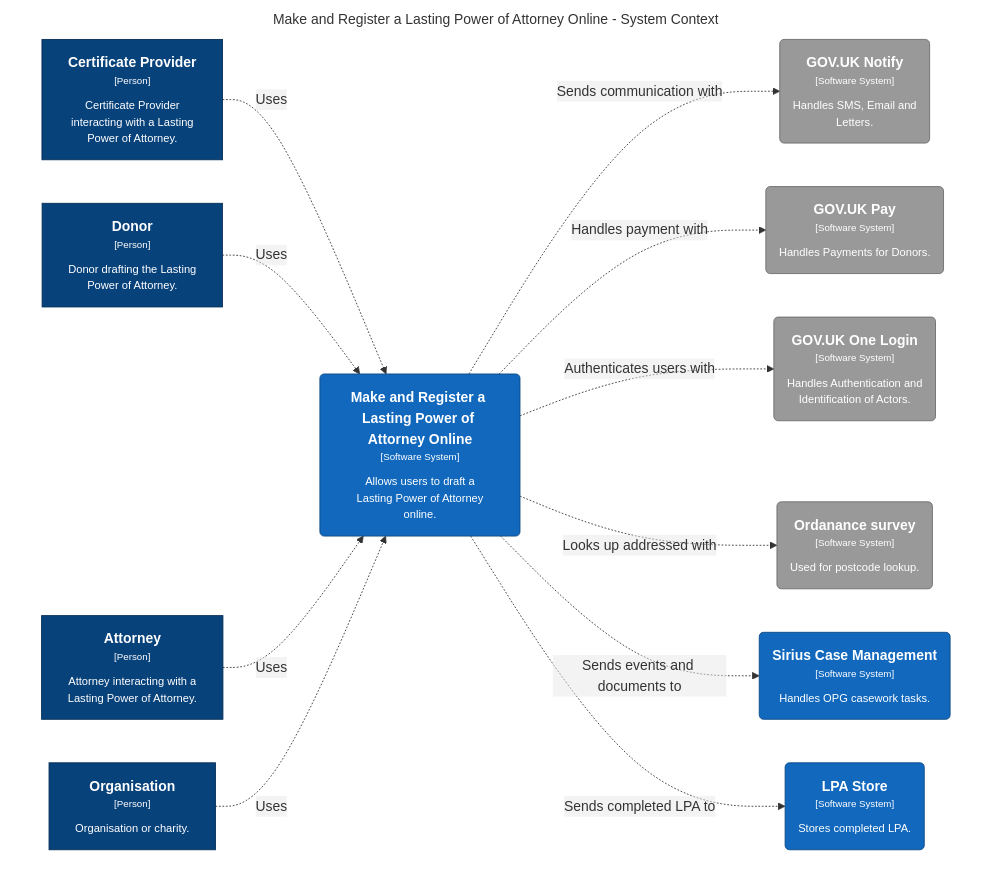
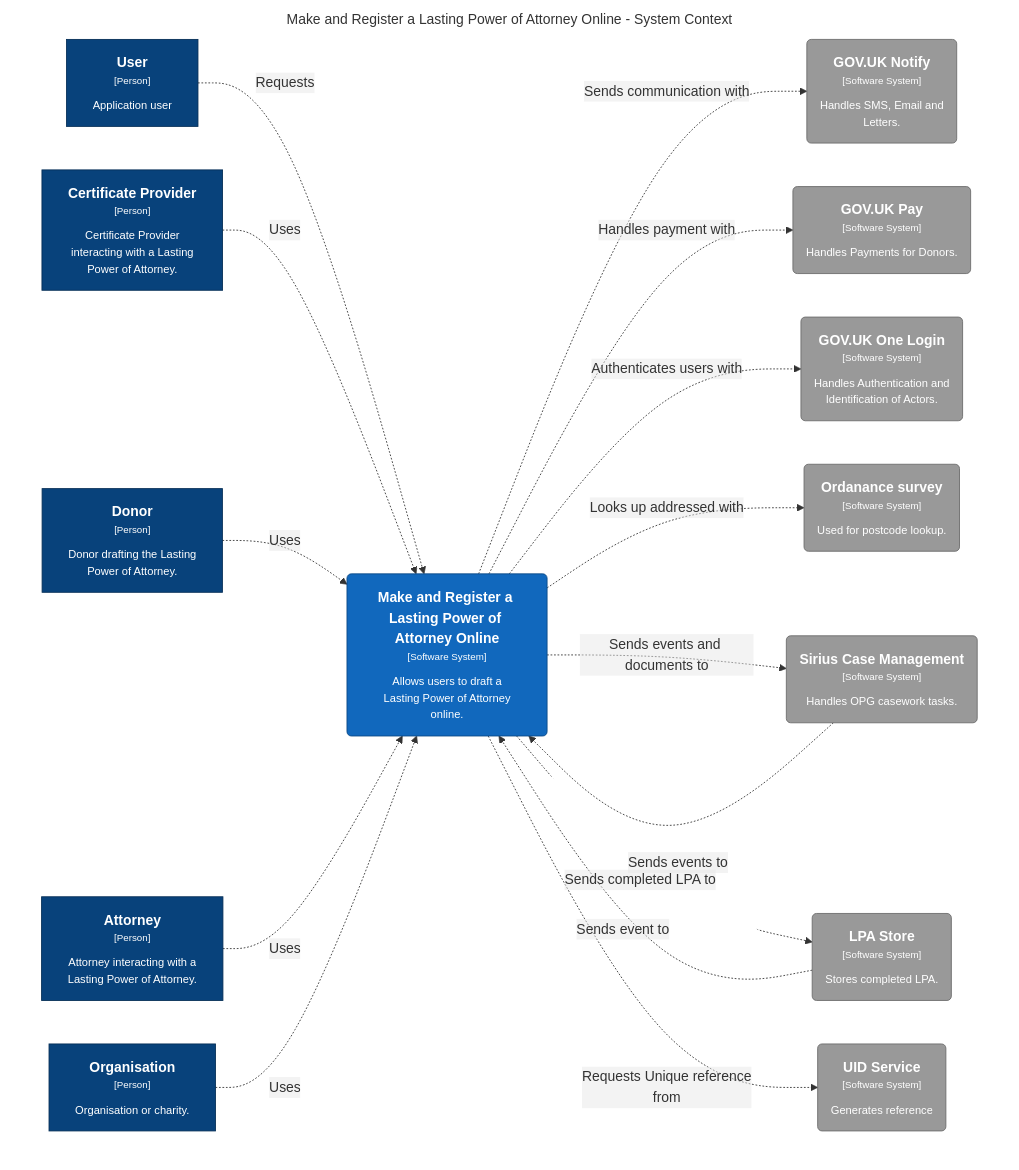
One commit to ministryofjustice/opg-modernising-lpa changed the diagram in docs/architecture/dsl/local/structurizr-SystemContext.mmd. Above: the diagram before and after it, drawn with Mermaid. The commit also changed 3 other files, not shown here.

```diff
--- a/docs/architecture/dsl/local/structurizr-SystemContext.mmd
+++ b/docs/architecture/dsl/local/structurizr-SystemContext.mmd
@@ -1,40 +1,48 @@
 graph TB
   linkStyle default fill:#ffffff
 
   subgraph diagram ["Make and Register a Lasting Power of Attorney Online - System Context"]
     style diagram fill:#ffffff,stroke:#ffffff
 
     2["<div style='font-weight: bold'>Attorney</div><div style='font-size: 70%; margin-top: 0px'>[Person]</div><div style='font-size: 80%; margin-top:10px'>Attorney interacting with a<br />Lasting Power of Attorney.</div>"]
     style 2 fill:#08427b,stroke:#052e56,color:#ffffff
-    21("<div style='font-weight: bold'>GOV.UK Notify</div><div style='font-size: 70%; margin-top: 0px'>[Software System]</div><div style='font-size: 80%; margin-top:10px'>Handles SMS, Email and<br />Letters.</div>")
-    style 21 fill:#999999,stroke:#6b6b6b,color:#ffffff
-    22("<div style='font-weight: bold'>GOV.UK Pay</div><div style='font-size: 70%; margin-top: 0px'>[Software System]</div><div style='font-size: 80%; margin-top:10px'>Handles Payments for Donors.</div>")
-    style 22 fill:#999999,stroke:#6b6b6b,color:#ffffff
-    23("<div style='font-weight: bold'>GOV.UK One Login</div><div style='font-size: 70%; margin-top: 0px'>[Software System]</div><div style='font-size: 80%; margin-top:10px'>Handles Authentication and<br />Identification of Actors.</div>")
-    style 23 fill:#999999,stroke:#6b6b6b,color:#ffffff
-    24("<div style='font-weight: bold'>Ordanance survey</div><div style='font-size: 70%; margin-top: 0px'>[Software System]</div><div style='font-size: 80%; margin-top:10px'>Used for postcode lookup.</div>")
-    style 24 fill:#999999,stroke:#6b6b6b,color:#ffffff
-    25("<div style='font-weight: bold'>Sirius Case Management</div><div style='font-size: 70%; margin-top: 0px'>[Software System]</div><div style='font-size: 80%; margin-top:10px'>Handles OPG casework tasks.</div>")
-    style 25 fill:#1168bd,stroke:#0b4884,color:#ffffff
-    26("<div style='font-weight: bold'>LPA Store</div><div style='font-size: 70%; margin-top: 0px'>[Software System]</div><div style='font-size: 80%; margin-top:10px'>Stores completed LPA.</div>")
-    style 26 fill:#1168bd,stroke:#0b4884,color:#ffffff
+    28["<div style='font-weight: bold'>User</div><div style='font-size: 70%; margin-top: 0px'>[Person]</div><div style='font-size: 80%; margin-top:10px'>Application user</div>"]
+    style 28 fill:#08427b,stroke:#052e56,color:#ffffff
     3["<div style='font-weight: bold'>Donor</div><div style='font-size: 70%; margin-top: 0px'>[Person]</div><div style='font-size: 80%; margin-top:10px'>Donor drafting the Lasting<br />Power of Attorney.</div>"]
     style 3 fill:#08427b,stroke:#052e56,color:#ffffff
+    35("<div style='font-weight: bold'>GOV.UK Notify</div><div style='font-size: 70%; margin-top: 0px'>[Software System]</div><div style='font-size: 80%; margin-top:10px'>Handles SMS, Email and<br />Letters.</div>")
+    style 35 fill:#999999,stroke:#6b6b6b,color:#ffffff
+    36("<div style='font-weight: bold'>GOV.UK Pay</div><div style='font-size: 70%; margin-top: 0px'>[Software System]</div><div style='font-size: 80%; margin-top:10px'>Handles Payments for Donors.</div>")
+    style 36 fill:#999999,stroke:#6b6b6b,color:#ffffff
+    37("<div style='font-weight: bold'>GOV.UK One Login</div><div style='font-size: 70%; margin-top: 0px'>[Software System]</div><div style='font-size: 80%; margin-top:10px'>Handles Authentication and<br />Identification of Actors.</div>")
+    style 37 fill:#999999,stroke:#6b6b6b,color:#ffffff
+    38("<div style='font-weight: bold'>Ordanance survey</div><div style='font-size: 70%; margin-top: 0px'>[Software System]</div><div style='font-size: 80%; margin-top:10px'>Used for postcode lookup.</div>")
+    style 38 fill:#999999,stroke:#6b6b6b,color:#ffffff
+    39("<div style='font-weight: bold'>Sirius Case Management</div><div style='font-size: 70%; margin-top: 0px'>[Software System]</div><div style='font-size: 80%; margin-top:10px'>Handles OPG casework tasks.</div>")
+    style 39 fill:#999999,stroke:#6b6b6b,color:#ffffff
     4["<div style='font-weight: bold'>Certificate Provider</div><div style='font-size: 70%; margin-top: 0px'>[Person]</div><div style='font-size: 80%; margin-top:10px'>Certificate Provider<br />interacting with a Lasting<br />Power of Attorney.</div>"]
     style 4 fill:#08427b,stroke:#052e56,color:#ffffff
+    40("<div style='font-weight: bold'>LPA Store</div><div style='font-size: 70%; margin-top: 0px'>[Software System]</div><div style='font-size: 80%; margin-top:10px'>Stores completed LPA.</div>")
+    style 40 fill:#999999,stroke:#6b6b6b,color:#ffffff
+    41("<div style='font-weight: bold'>UID Service</div><div style='font-size: 70%; margin-top: 0px'>[Software System]</div><div style='font-size: 80%; margin-top:10px'>Generates reference</div>")
+    style 41 fill:#999999,stroke:#6b6b6b,color:#ffffff
     6["<div style='font-weight: bold'>Organisation</div><div style='font-size: 70%; margin-top: 0px'>[Person]</div><div style='font-size: 80%; margin-top:10px'>Organisation or charity.</div>"]
     style 6 fill:#08427b,stroke:#052e56,color:#ffffff
     7("<div style='font-weight: bold'>Make and Register a Lasting Power of Attorney Online</div><div style='font-size: 70%; margin-top: 0px'>[Software System]</div><div style='font-size: 80%; margin-top:10px'>Allows users to draft a<br />Lasting Power of Attorney<br />online.</div>")
     style 7 fill:#1168bd,stroke:#0b4884,color:#ffffff
 
+    28-. "<div>Requests</div><div style='font-size: 70%'></div>" .->7
     4-. "<div>Uses</div><div style='font-size: 70%'></div>" .->7
     3-. "<div>Uses</div><div style='font-size: 70%'></div>" .->7
     2-. "<div>Uses</div><div style='font-size: 70%'></div>" .->7
     6-. "<div>Uses</div><div style='font-size: 70%'></div>" .->7
-    7-. "<div>Sends communication with</div><div style='font-size: 70%'></div>" .->21
-    7-. "<div>Handles payment with</div><div style='font-size: 70%'></div>" .->22
-    7-. "<div>Authenticates users with</div><div style='font-size: 70%'></div>" .->23
-    7-. "<div>Looks up addressed with</div><div style='font-size: 70%'></div>" .->24
-    7-. "<div>Sends events and documents to</div><div style='font-size: 70%'></div>" .->25
-    7-. "<div>Sends completed LPA to</div><div style='font-size: 70%'></div>" .->26
+    7-. "<div>Sends communication with</div><div style='font-size: 70%'></div>" .->35
+    7-. "<div>Handles payment with</div><div style='font-size: 70%'></div>" .->36
+    7-. "<div>Authenticates users with</div><div style='font-size: 70%'></div>" .->37
+    7-. "<div>Looks up addressed with</div><div style='font-size: 70%'></div>" .->38
+    7-. "<div>Sends events and documents to</div><div style='font-size: 70%'></div>" .->39
+    7-. "<div>Sends completed LPA to</div><div style='font-size: 70%'></div>" .->40
+    7-. "<div>Requests Unique reference<br />from</div><div style='font-size: 70%'></div>" .->41
+    39-. "<div>Sends events to</div><div style='font-size: 70%'></div>" .->7
+    40-. "<div>Sends event to</div><div style='font-size: 70%'></div>" .->7
   end
```
